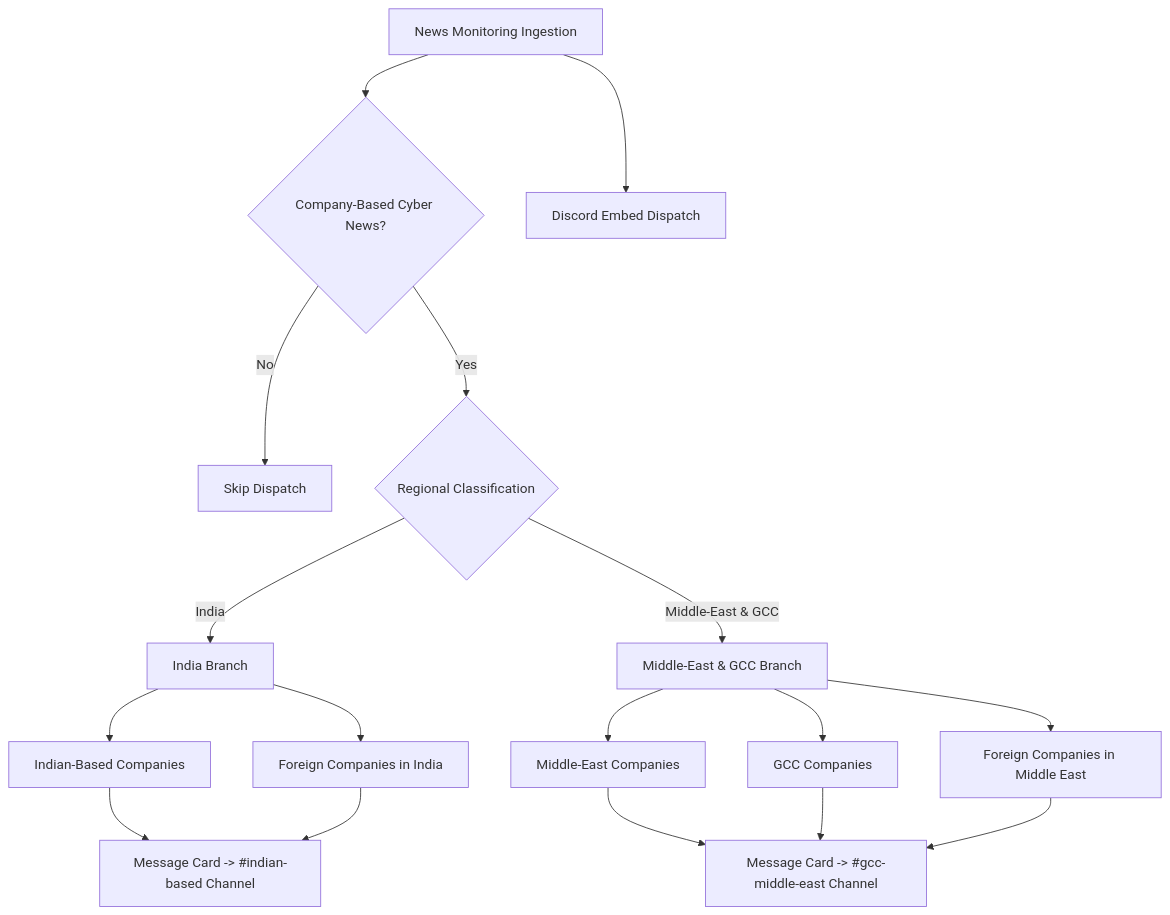
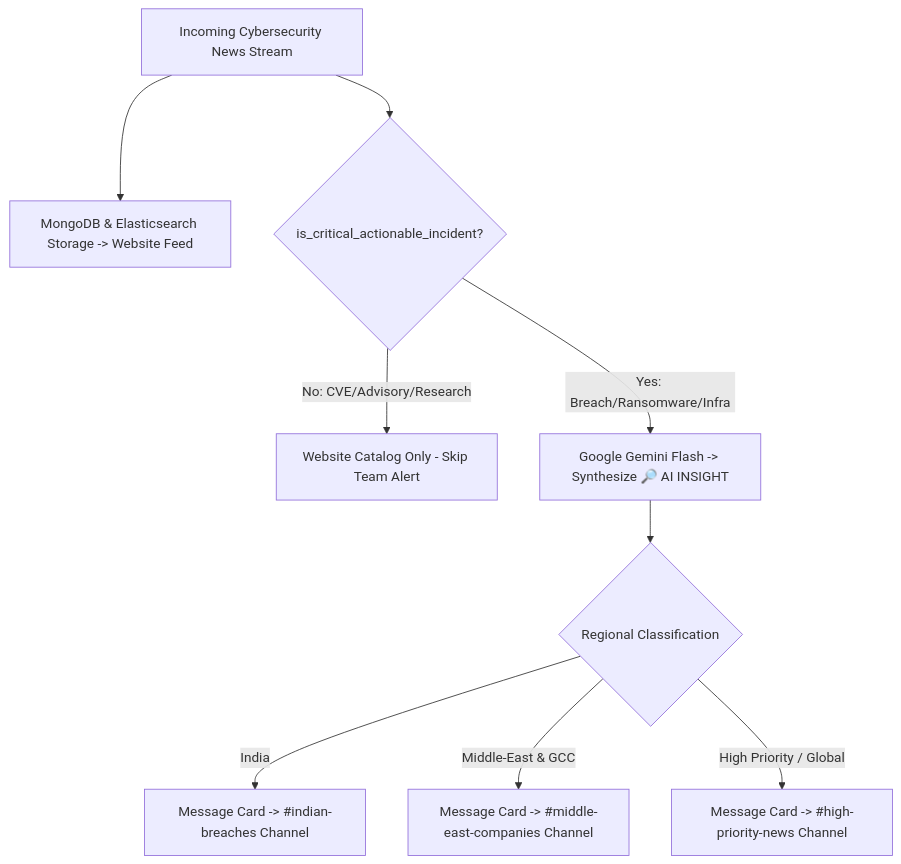
The sixth of 7 diagrams in DOCUMENTATION.md (mguruprasath416/newsmon), drawn with Mermaid before and after one commit. The commit also changed other lines of this file and 3 other files, not shown here.

Commit message:
docs: update README, DOCUMENTATION, PROJECT_REPORT, and schema with Critical Alert separation and Gemini AI architecture

````diff
--- a/DOCUMENTATION.md
+++ b/DOCUMENTATION.md
@@ -225,24 +228,13 @@
 ```mermaid
 flowchart TD
-    News[News Monitoring Ingestion] --> CyberFilter{Company-Based Cyber News?}
-    CyberFilter -->|No| Skip[Skip Dispatch]
-    CyberFilter -->|Yes| RegionBranch{Regional Classification}
-
-    RegionBranch -->|India| IndiaBranch[India Branch]
-    IndiaBranch --> IndComp[Indian-Based Companies]
-    IndiaBranch --> ForIndComp[Foreign Companies in India]
-
-    RegionBranch -->|Middle-East & GCC| MEBranch[Middle-East & GCC Branch]
-    MEBranch --> MEComp[Middle-East Companies]
-    MEBranch --> GCCComp[GCC Companies]
-    MEBranch --> ForMEComp[Foreign Companies in Middle East]
-
-    IndComp --> IndTeamsCard[Message Card -> #indian-based Channel]
-    ForIndComp --> IndTeamsCard
-
-    MEComp --> METeamsCard[Message Card -> #gcc-middle-east Channel]
-    GCCComp --> METeamsCard
-    ForMEComp --> METeamsCard
-
-    News --> DiscordWebhook[Discord Embed Dispatch]
+    News[Incoming Cybersecurity News Stream] --> Ingest[MongoDB & Elasticsearch Storage -> Website Feed]
+    News --> IncidentFilter{is_critical_actionable_incident?}
+    
+    IncidentFilter -->|No: CVE/Advisory/Research| WebOnly[Website Catalog Only - Skip Team Alert]
+    IncidentFilter -->|Yes: Breach/Ransomware/Infra| GenAI[Google Gemini Flash -> Synthesize 🔎 AI INSIGHT]
+    
+    GenAI --> RegionBranch{Regional Classification}
+    RegionBranch -->|India| IndTeamsCard[Message Card -> #indian-breaches Channel]
+    RegionBranch -->|Middle-East & GCC| METeamsCard[Message Card -> #middle-east-companies Channel]
+    RegionBranch -->|High Priority / Global| HighPriCard[Message Card -> #high-priority-news Channel]
 ```
````
